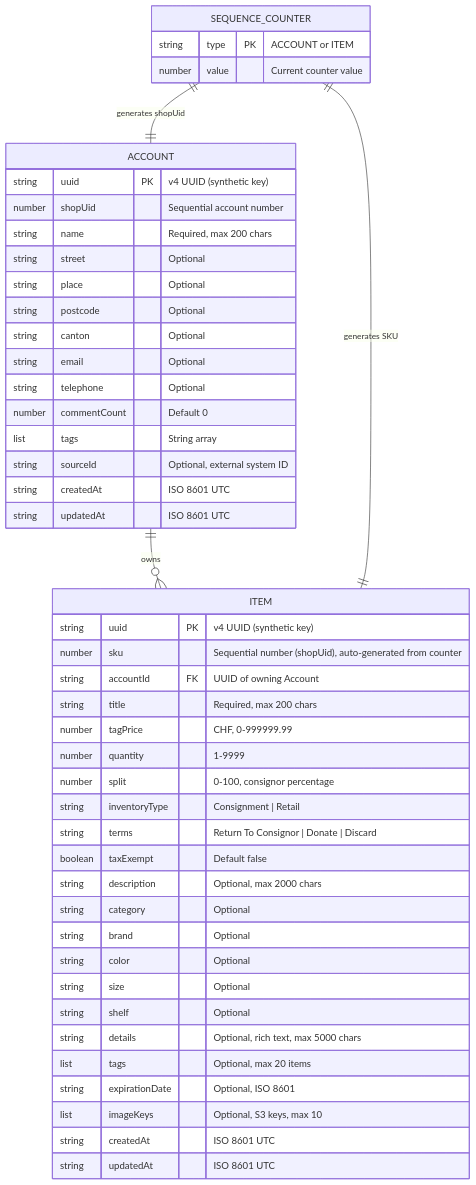
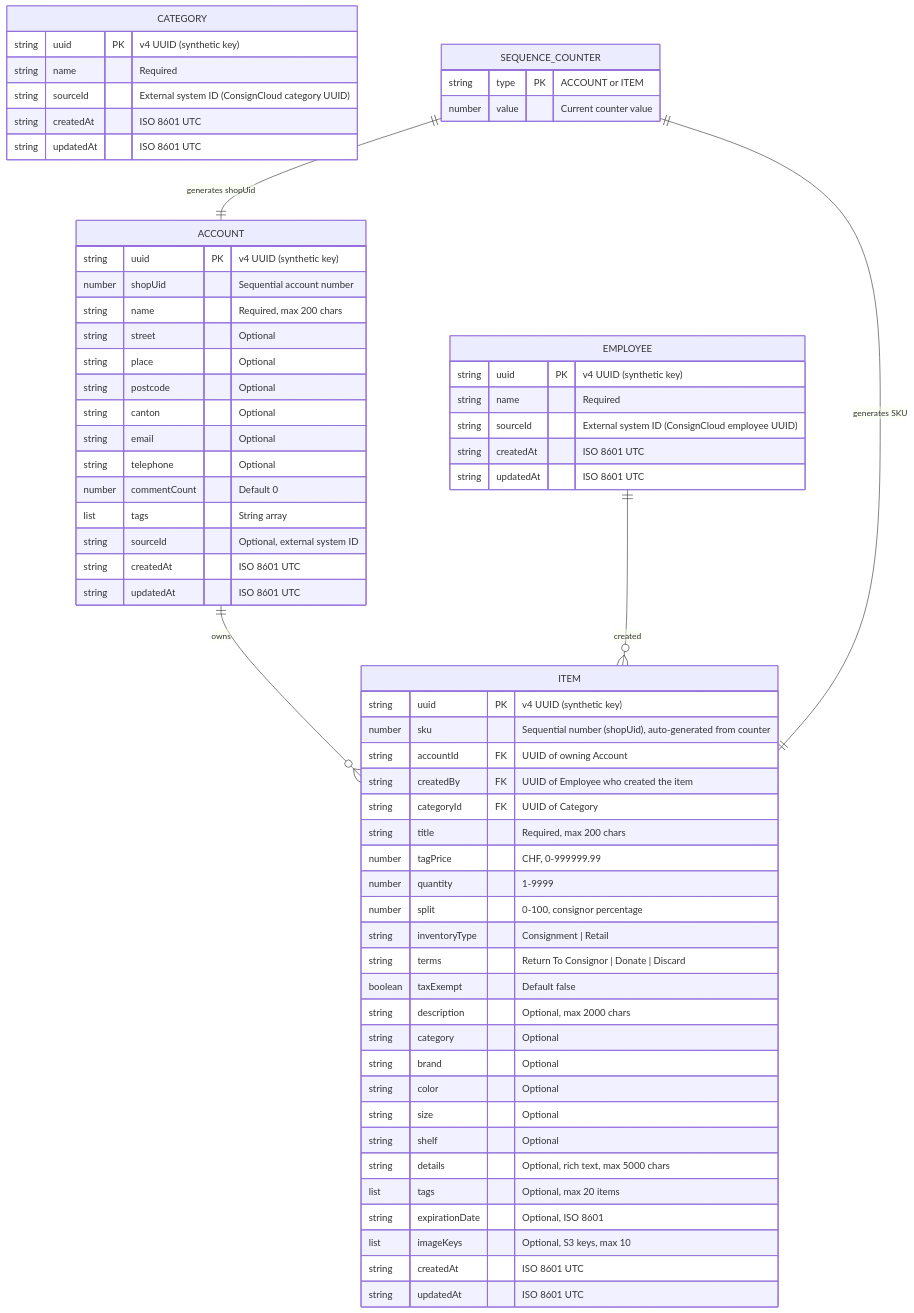
The diagram in docs/data-model.md (xerian-dev/thymos-cloud), drawn with Mermaid before and after one commit. The commit also changed other lines of this file and 12 other files, not shown here.

First line of the commit message:
fix: align item mapper with real ConsignCloud API schema

````diff
--- a/docs/data-model.md
+++ b/docs/data-model.md
@@ -12,53 +12,72 @@
 ```mermaid
 erDiagram
     ACCOUNT {
         string uuid PK "v4 UUID (synthetic key)"
         number shopUid "Sequential account number"
         string name "Required, max 200 chars"
         string street "Optional"
         string place "Optional"
         string postcode "Optional"
         string canton "Optional"
         string email "Optional"
         string telephone "Optional"
         number commentCount "Default 0"
         list tags "String array"
         string sourceId "Optional, external system ID"
         string createdAt "ISO 8601 UTC"
         string updatedAt "ISO 8601 UTC"
     }
 
+    EMPLOYEE {
+        string uuid PK "v4 UUID (synthetic key)"
+        string name "Required"
+        string sourceId "External system ID (ConsignCloud employee UUID)"
+        string createdAt "ISO 8601 UTC"
+        string updatedAt "ISO 8601 UTC"
+    }
+
+    CATEGORY {
+        string uuid PK "v4 UUID (synthetic key)"
+        string name "Required"
+        string sourceId "External system ID (ConsignCloud category UUID)"
+        string createdAt "ISO 8601 UTC"
+        string updatedAt "ISO 8601 UTC"
+    }
+
     ITEM {
         string uuid PK "v4 UUID (synthetic key)"
         number sku "Sequential number (shopUid), auto-generated from counter"
         string accountId FK "UUID of owning Account"
+        string createdBy FK "UUID of Employee who created the item"
+        string categoryId FK "UUID of Category"
         string title "Required, max 200 chars"
         number tagPrice "CHF, 0-999999.99"
         number quantity "1-9999"
         number split "0-100, consignor percentage"
         string inventoryType "Consignment | Retail"
         string terms "Return To Consignor | Donate | Discard"
         boolean taxExempt "Default false"
         string description "Optional, max 2000 chars"
         string category "Optional"
         string brand "Optional"
         string color "Optional"
         string size "Optional"
         string shelf "Optional"
         string details "Optional, rich text, max 5000 chars"
         list tags "Optional, max 20 items"
         string expirationDate "Optional, ISO 8601"
         list imageKeys "Optional, S3 keys, max 10"
         string createdAt "ISO 8601 UTC"
         string updatedAt "ISO 8601 UTC"
     }
 
     SEQUENCE_COUNTER {
         string type PK "ACCOUNT or ITEM"
         number value "Current counter value"
     }
 
     ACCOUNT ||--o{ ITEM : "owns"
+    EMPLOYEE ||--o{ ITEM : "created"
     SEQUENCE_COUNTER ||--|| ACCOUNT : "generates shopUid"
     SEQUENCE_COUNTER ||--|| ITEM : "generates SKU"
 ```
````
